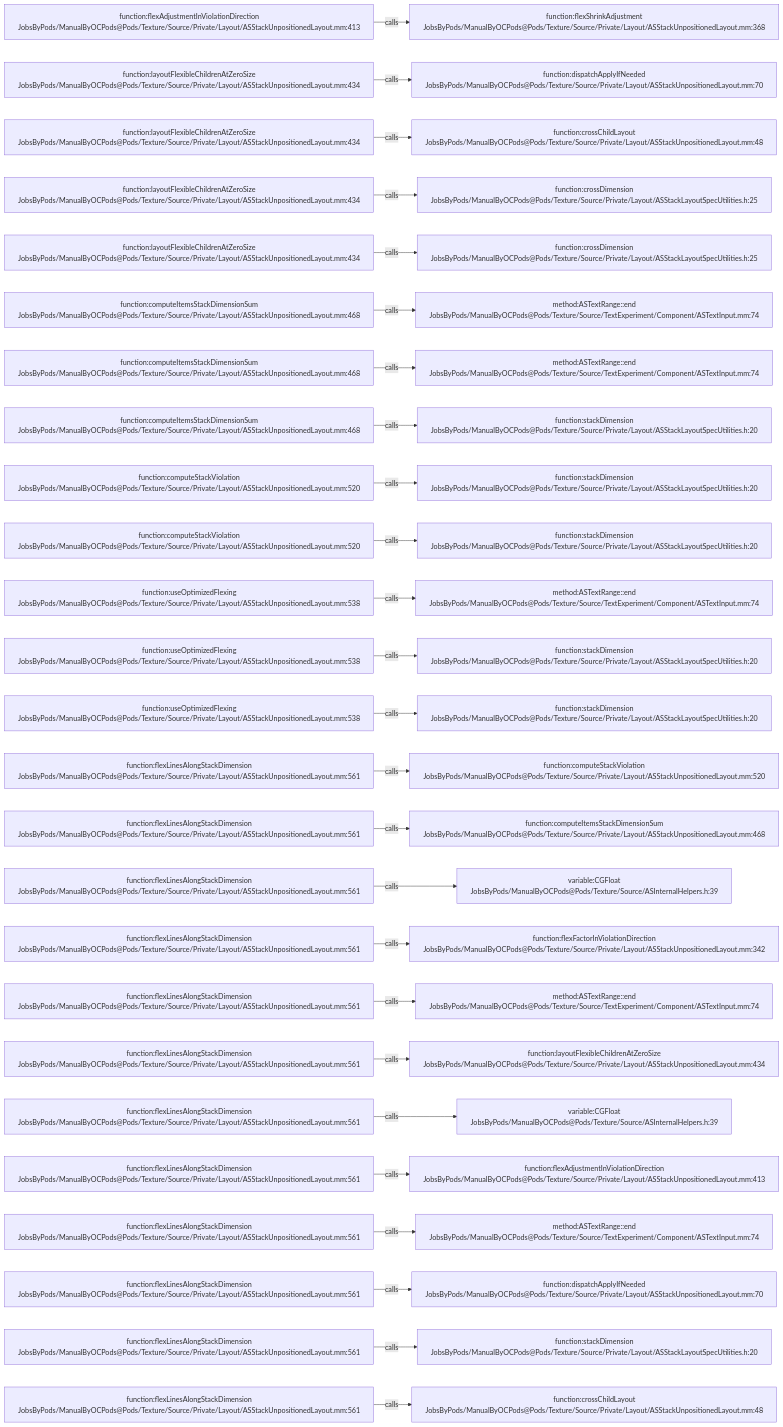
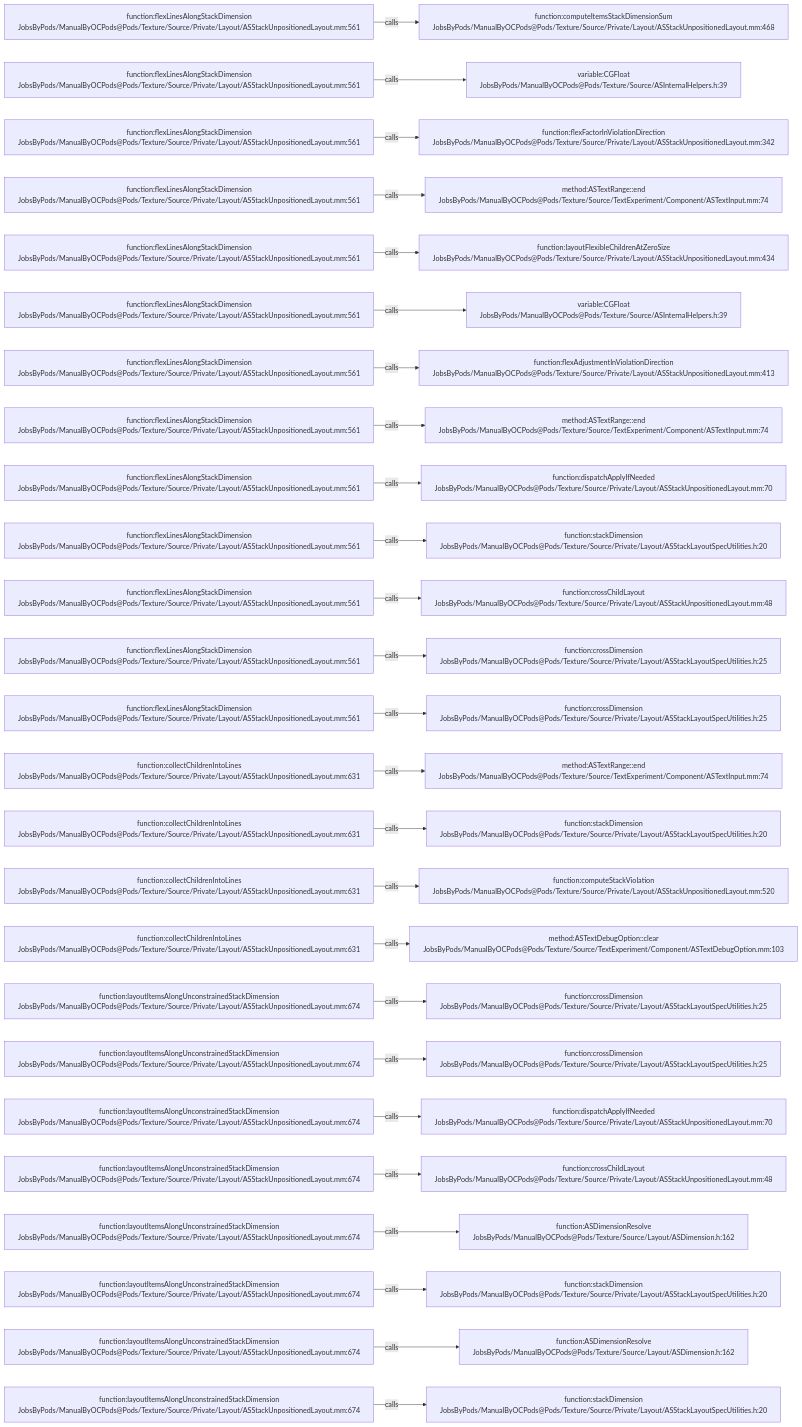
The diagram in .codegraph/codegraph.md/graphs/calls-197.md (JobsKits/JobsOCBaseConfigDemo), drawn with Mermaid before and after one commit. The commit also changed 296 other files, not shown here.

````diff
--- a/.codegraph/codegraph.md/graphs/calls-197.md
+++ b/.codegraph/codegraph.md/graphs/calls-197.md
@@ -13,78 +13,78 @@
 ```mermaid
 flowchart LR
-  S1["function:flexAdjustmentInViolationDirection<br/>JobsByPods/ManualByOCPods@Pods/Texture/Source/Private/Layout/ASStackUnpositionedLayout.mm:413"]
-  T1["function:flexShrinkAdjustment<br/>JobsByPods/ManualByOCPods@Pods/Texture/Source/Private/Layout/ASStackUnpositionedLayout.mm:368"]
+  S1["function:flexLinesAlongStackDimension<br/>JobsByPods/ManualByOCPods@Pods/Texture/Source/Private/Layout/ASStackUnpositionedLayout.mm:561"]
+  T1["function:computeItemsStackDimensionSum<br/>JobsByPods/ManualByOCPods@Pods/Texture/Source/Private/Layout/ASStackUnpositionedLayout.mm:468"]
   S1 -->|calls| T1
-  S2["function:layoutFlexibleChildrenAtZeroSize<br/>JobsByPods/ManualByOCPods@Pods/Texture/Source/Private/Layout/ASStackUnpositionedLayout.mm:434"]
-  T2["function:dispatchApplyIfNeeded<br/>JobsByPods/ManualByOCPods@Pods/Texture/Source/Private/Layout/ASStackUnpositionedLayout.mm:70"]
+  S2["function:flexLinesAlongStackDimension<br/>JobsByPods/ManualByOCPods@Pods/Texture/Source/Private/Layout/ASStackUnpositionedLayout.mm:561"]
+  T2["variable:CGFloat<br/>JobsByPods/ManualByOCPods@Pods/Texture/Source/ASInternalHelpers.h:39"]
   S2 -->|calls| T2
-  S3["function:layoutFlexibleChildrenAtZeroSize<br/>JobsByPods/ManualByOCPods@Pods/Texture/Source/Private/Layout/ASStackUnpositionedLayout.mm:434"]
-  T3["function:crossChildLayout<br/>JobsByPods/ManualByOCPods@Pods/Texture/Source/Private/Layout/ASStackUnpositionedLayout.mm:48"]
+  S3["function:flexLinesAlongStackDimension<br/>JobsByPods/ManualByOCPods@Pods/Texture/Source/Private/Layout/ASStackUnpositionedLayout.mm:561"]
+  T3["function:flexFactorInViolationDirection<br/>JobsByPods/ManualByOCPods@Pods/Texture/Source/Private/Layout/ASStackUnpositionedLayout.mm:342"]
   S3 -->|calls| T3
-  S4["function:layoutFlexibleChildrenAtZeroSize<br/>JobsByPods/ManualByOCPods@Pods/Texture/Source/Private/Layout/ASStackUnpositionedLayout.mm:434"]
-  T4["function:crossDimension<br/>JobsByPods/ManualByOCPods@Pods/Texture/Source/Private/Layout/ASStackLayoutSpecUtilities.h:25"]
+  S4["function:flexLinesAlongStackDimension<br/>JobsByPods/ManualByOCPods@Pods/Texture/Source/Private/Layout/ASStackUnpositionedLayout.mm:561"]
+  T4["method:ASTextRange::end<br/>JobsByPods/ManualByOCPods@Pods/Texture/Source/TextExperiment/Component/ASTextInput.mm:74"]
   S4 -->|calls| T4
-  S5["function:layoutFlexibleChildrenAtZeroSize<br/>JobsByPods/ManualByOCPods@Pods/Texture/Source/Private/Layout/ASStackUnpositionedLayout.mm:434"]
-  T5["function:crossDimension<br/>JobsByPods/ManualByOCPods@Pods/Texture/Source/Private/Layout/ASStackLayoutSpecUtilities.h:25"]
+  S5["function:flexLinesAlongStackDimension<br/>JobsByPods/ManualByOCPods@Pods/Texture/Source/Private/Layout/ASStackUnpositionedLayout.mm:561"]
+  T5["function:layoutFlexibleChildrenAtZeroSize<br/>JobsByPods/ManualByOCPods@Pods/Texture/Source/Private/Layout/ASStackUnpositionedLayout.mm:434"]
   S5 -->|calls| T5
-  S6["function:computeItemsStackDimensionSum<br/>JobsByPods/ManualByOCPods@Pods/Texture/Source/Private/Layout/ASStackUnpositionedLayout.mm:468"]
-  T6["method:ASTextRange::end<br/>JobsByPods/ManualByOCPods@Pods/Texture/Source/TextExperiment/Component/ASTextInput.mm:74"]
+  S6["function:flexLinesAlongStackDimension<br/>JobsByPods/ManualByOCPods@Pods/Texture/Source/Private/Layout/ASStackUnpositionedLayout.mm:561"]
+  T6["variable:CGFloat<br/>JobsByPods/ManualByOCPods@Pods/Texture/Source/ASInternalHelpers.h:39"]
   S6 -->|calls| T6
-  S7["function:computeItemsStackDimensionSum<br/>JobsByPods/ManualByOCPods@Pods/Texture/Source/Private/Layout/ASStackUnpositionedLayout.mm:468"]
-  T7["method:ASTextRange::end<br/>JobsByPods/ManualByOCPods@Pods/Texture/Source/TextExperiment/Component/ASTextInput.mm:74"]
+  S7["function:flexLinesAlongStackDimension<br/>JobsByPods/ManualByOCPods@Pods/Texture/Source/Private/Layout/ASStackUnpositionedLayout.mm:561"]
+  T7["function:flexAdjustmentInViolationDirection<br/>JobsByPods/ManualByOCPods@Pods/Texture/Source/Private/Layout/ASStackUnpositionedLayout.mm:413"]
   S7 -->|calls| T7
-  S8["function:computeItemsStackDimensionSum<br/>JobsByPods/ManualByOCPods@Pods/Texture/Source/Private/Layout/ASStackUnpositionedLayout.mm:468"]
-  T8["function:stackDimension<br/>JobsByPods/ManualByOCPods@Pods/Texture/Source/Private/Layout/ASStackLayoutSpecUtilities.h:20"]
+  S8["function:flexLinesAlongStackDimension<br/>JobsByPods/ManualByOCPods@Pods/Texture/Source/Private/Layout/ASStackUnpositionedLayout.mm:561"]
+  T8["method:ASTextRange::end<br/>JobsByPods/ManualByOCPods@Pods/Texture/Source/TextExperiment/Component/ASTextInput.mm:74"]
   S8 -->|calls| T8
-  S9["function:computeStackViolation<br/>JobsByPods/ManualByOCPods@Pods/Texture/Source/Private/Layout/ASStackUnpositionedLayout.mm:520"]
-  T9["function:stackDimension<br/>JobsByPods/ManualByOCPods@Pods/Texture/Source/Private/Layout/ASStackLayoutSpecUtilities.h:20"]
+  S9["function:flexLinesAlongStackDimension<br/>JobsByPods/ManualByOCPods@Pods/Texture/Source/Private/Layout/ASStackUnpositionedLayout.mm:561"]
+  T9["function:dispatchApplyIfNeeded<br/>JobsByPods/ManualByOCPods@Pods/Texture/Source/Private/Layout/ASStackUnpositionedLayout.mm:70"]
   S9 -->|calls| T9
-  S10["function:computeStackViolation<br/>JobsByPods/ManualByOCPods@Pods/Texture/Source/Private/Layout/ASStackUnpositionedLayout.mm:520"]
+  S10["function:flexLinesAlongStackDimension<br/>JobsByPods/ManualByOCPods@Pods/Texture/Source/Private/Layout/ASStackUnpositionedLayout.mm:561"]
   T10["function:stackDimension<br/>JobsByPods/ManualByOCPods@Pods/Texture/Source/Private/Layout/ASStackLayoutSpecUtilities.h:20"]
   S10 -->|calls| T10
-  S11["function:useOptimizedFlexing<br/>JobsByPods/ManualByOCPods@Pods/Texture/Source/Private/Layout/ASStackUnpositionedLayout.mm:538"]
-  T11["method:ASTextRange::end<br/>JobsByPods/ManualByOCPods@Pods/Texture/Source/TextExperiment/Component/ASTextInput.mm:74"]
+  S11["function:flexLinesAlongStackDimension<br/>JobsByPods/ManualByOCPods@Pods/Texture/Source/Private/Layout/ASStackUnpositionedLayout.mm:561"]
+  T11["function:crossChildLayout<br/>JobsByPods/ManualByOCPods@Pods/Texture/Source/Private/Layout/ASStackUnpositionedLayout.mm:48"]
   S11 -->|calls| T11
-  S12["function:useOptimizedFlexing<br/>JobsByPods/ManualByOCPods@Pods/Texture/Source/Private/Layout/ASStackUnpositionedLayout.mm:538"]
-  T12["function:stackDimension<br/>JobsByPods/ManualByOCPods@Pods/Texture/Source/Private/Layout/ASStackLayoutSpecUtilities.h:20"]
+  S12["function:flexLinesAlongStackDimension<br/>JobsByPods/ManualByOCPods@Pods/Texture/Source/Private/Layout/ASStackUnpositionedLayout.mm:561"]
+  T12["function:crossDimension<br/>JobsByPods/ManualByOCPods@Pods/Texture/Source/Private/Layout/ASStackLayoutSpecUtilities.h:25"]
   S12 -->|calls| T12
-  S13["function:useOptimizedFlexing<br/>JobsByPods/ManualByOCPods@Pods/Texture/Source/Private/Layout/ASStackUnpositionedLayout.mm:538"]
-  T13["function:stackDimension<br/>JobsByPods/ManualByOCPods@Pods/Texture/Source/Private/Layout/ASStackLayoutSpecUtilities.h:20"]
+  S13["function:flexLinesAlongStackDimension<br/>JobsByPods/ManualByOCPods@Pods/Texture/Source/Private/Layout/ASStackUnpositionedLayout.mm:561"]
+  T13["function:crossDimension<br/>JobsByPods/ManualByOCPods@Pods/Texture/Source/Private/Layout/ASStackLayoutSpecUtilities.h:25"]
   S13 -->|calls| T13
-  S14["function:flexLinesAlongStackDimension<br/>JobsByPods/ManualByOCPods@Pods/Texture/Source/Private/Layout/ASStackUnpositionedLayout.mm:561"]
-  T14["function:computeStackViolation<br/>JobsByPods/ManualByOCPods@Pods/Texture/Source/Private/Layout/ASStackUnpositionedLayout.mm:520"]
+  S14["function:collectChildrenIntoLines<br/>JobsByPods/ManualByOCPods@Pods/Texture/Source/Private/Layout/ASStackUnpositionedLayout.mm:631"]
+  T14["method:ASTextRange::end<br/>JobsByPods/ManualByOCPods@Pods/Texture/Source/TextExperiment/Component/ASTextInput.mm:74"]
   S14 -->|calls| T14
-  S15["function:flexLinesAlongStackDimension<br/>JobsByPods/ManualByOCPods@Pods/Texture/Source/Private/Layout/ASStackUnpositionedLayout.mm:561"]
-  T15["function:computeItemsStackDimensionSum<br/>JobsByPods/ManualByOCPods@Pods/Texture/Source/Private/Layout/ASStackUnpositionedLayout.mm:468"]
+  S15["function:collectChildrenIntoLines<br/>JobsByPods/ManualByOCPods@Pods/Texture/Source/Private/Layout/ASStackUnpositionedLayout.mm:631"]
+  T15["function:stackDimension<br/>JobsByPods/ManualByOCPods@Pods/Texture/Source/Private/Layout/ASStackLayoutSpecUtilities.h:20"]
   S15 -->|calls| T15
-  S16["function:flexLinesAlongStackDimension<br/>JobsByPods/ManualByOCPods@Pods/Texture/Source/Private/Layout/ASStackUnpositionedLayout.mm:561"]
-  T16["variable:CGFloat<br/>JobsByPods/ManualByOCPods@Pods/Texture/Source/ASInternalHelpers.h:39"]
+  S16["function:collectChildrenIntoLines<br/>JobsByPods/ManualByOCPods@Pods/Texture/Source/Private/Layout/ASStackUnpositionedLayout.mm:631"]
+  T16["function:computeStackViolation<br/>JobsByPods/ManualByOCPods@Pods/Texture/Source/Private/Layout/ASStackUnpositionedLayout.mm:520"]
   S16 -->|calls| T16
-  S17["function:flexLinesAlongStackDimension<br/>JobsByPods/ManualByOCPods@Pods/Texture/Source/Private/Layout/ASStackUnpositionedLayout.mm:561"]
-  T17["function:flexFactorInViolationDirection<br/>JobsByPods/ManualByOCPods@Pods/Texture/Source/Private/Layout/ASStackUnpositionedLayout.mm:342"]
+  S17["function:collectChildrenIntoLines<br/>JobsByPods/ManualByOCPods@Pods/Texture/Source/Private/Layout/ASStackUnpositionedLayout.mm:631"]
+  T17["method:ASTextDebugOption::clear<br/>JobsByPods/ManualByOCPods@Pods/Texture/Source/TextExperiment/Component/ASTextDebugOption.mm:103"]
   S17 -->|calls| T17
-  S18["function:flexLinesAlongStackDimension<br/>JobsByPods/ManualByOCPods@Pods/Texture/Source/Private/Layout/ASStackUnpositionedLayout.mm:561"]
-  T18["method:ASTextRange::end<br/>JobsByPods/ManualByOCPods@Pods/Texture/Source/TextExperiment/Component/ASTextInput.mm:74"]
+  S18["function:layoutItemsAlongUnconstrainedStackDimension<br/>JobsByPods/ManualByOCPods@Pods/Texture/Source/Private/Layout/ASStackUnpositionedLayout.mm:674"]
+  T18["function:crossDimension<br/>JobsByPods/ManualByOCPods@Pods/Texture/Source/Private/Layout/ASStackLayoutSpecUtilities.h:25"]
   S18 -->|calls| T18
-  S19["function:flexLinesAlongStackDimension<br/>JobsByPods/ManualByOCPods@Pods/Texture/Source/Private/Layout/ASStackUnpositionedLayout.mm:561"]
-  T19["function:layoutFlexibleChildrenAtZeroSize<br/>JobsByPods/ManualByOCPods@Pods/Texture/Source/Private/Layout/ASStackUnpositionedLayout.mm:434"]
+  S19["function:layoutItemsAlongUnconstrainedStackDimension<br/>JobsByPods/ManualByOCPods@Pods/Texture/Source/Private/Layout/ASStackUnpositionedLayout.mm:674"]
+  T19["function:crossDimension<br/>JobsByPods/ManualByOCPods@Pods/Texture/Source/Private/Layout/ASStackLayoutSpecUtilities.h:25"]
   S19 -->|calls| T19
-  S20["function:flexLinesAlongStackDimension<br/>JobsByPods/ManualByOCPods@Pods/Texture/Source/Private/Layout/ASStackUnpositionedLayout.mm:561"]
-  T20["variable:CGFloat<br/>JobsByPods/ManualByOCPods@Pods/Texture/Source/ASInternalHelpers.h:39"]
+  S20["function:layoutItemsAlongUnconstrainedStackDimension<br/>JobsByPods/ManualByOCPods@Pods/Texture/Source/Private/Layout/ASStackUnpositionedLayout.mm:674"]
+  T20["function:dispatchApplyIfNeeded<br/>JobsByPods/ManualByOCPods@Pods/Texture/Source/Private/Layout/ASStackUnpositionedLayout.mm:70"]
   S20 -->|calls| T20
-  S21["function:flexLinesAlongStackDimension<br/>JobsByPods/ManualByOCPods@Pods/Texture/Source/Private/Layout/ASStackUnpositionedLayout.mm:561"]
-  T21["function:flexAdjustmentInViolationDirection<br/>JobsByPods/ManualByOCPods@Pods/Texture/Source/Private/Layout/ASStackUnpositionedLayout.mm:413"]
+  S21["function:layoutItemsAlongUnconstrainedStackDimension<br/>JobsByPods/ManualByOCPods@Pods/Texture/Source/Private/Layout/ASStackUnpositionedLayout.mm:674"]
+  T21["function:crossChildLayout<br/>JobsByPods/ManualByOCPods@Pods/Texture/Source/Private/Layout/ASStackUnpositionedLayout.mm:48"]
   S21 -->|calls| T21
-  S22["function:flexLinesAlongStackDimension<br/>JobsByPods/ManualByOCPods@Pods/Texture/Source/Private/Layout/ASStackUnpositionedLayout.mm:561"]
-  T22["method:ASTextRange::end<br/>JobsByPods/ManualByOCPods@Pods/Texture/Source/TextExperiment/Component/ASTextInput.mm:74"]
+  S22["function:layoutItemsAlongUnconstrainedStackDimension<br/>JobsByPods/ManualByOCPods@Pods/Texture/Source/Private/Layout/ASStackUnpositionedLayout.mm:674"]
+  T22["function:ASDimensionResolve<br/>JobsByPods/ManualByOCPods@Pods/Texture/Source/Layout/ASDimension.h:162"]
   S22 -->|calls| T22
-  S23["function:flexLinesAlongStackDimension<br/>JobsByPods/ManualByOCPods@Pods/Texture/Source/Private/Layout/ASStackUnpositionedLayout.mm:561"]
-  T23["function:dispatchApplyIfNeeded<br/>JobsByPods/ManualByOCPods@Pods/Texture/Source/Private/Layout/ASStackUnpositionedLayout.mm:70"]
+  S23["function:layoutItemsAlongUnconstrainedStackDimension<br/>JobsByPods/ManualByOCPods@Pods/Texture/Source/Private/Layout/ASStackUnpositionedLayout.mm:674"]
+  T23["function:stackDimension<br/>JobsByPods/ManualByOCPods@Pods/Texture/Source/Private/Layout/ASStackLayoutSpecUtilities.h:20"]
   S23 -->|calls| T23
-  S24["function:flexLinesAlongStackDimension<br/>JobsByPods/ManualByOCPods@Pods/Texture/Source/Private/Layout/ASStackUnpositionedLayout.mm:561"]
-  T24["function:stackDimension<br/>JobsByPods/ManualByOCPods@Pods/Texture/Source/Private/Layout/ASStackLayoutSpecUtilities.h:20"]
+  S24["function:layoutItemsAlongUnconstrainedStackDimension<br/>JobsByPods/ManualByOCPods@Pods/Texture/Source/Private/Layout/ASStackUnpositionedLayout.mm:674"]
+  T24["function:ASDimensionResolve<br/>JobsByPods/ManualByOCPods@Pods/Texture/Source/Layout/ASDimension.h:162"]
   S24 -->|calls| T24
-  S25["function:flexLinesAlongStackDimension<br/>JobsByPods/ManualByOCPods@Pods/Texture/Source/Private/Layout/ASStackUnpositionedLayout.mm:561"]
-  T25["function:crossChildLayout<br/>JobsByPods/ManualByOCPods@Pods/Texture/Source/Private/Layout/ASStackUnpositionedLayout.mm:48"]
+  S25["function:layoutItemsAlongUnconstrainedStackDimension<br/>JobsByPods/ManualByOCPods@Pods/Texture/Source/Private/Layout/ASStackUnpositionedLayout.mm:674"]
+  T25["function:stackDimension<br/>JobsByPods/ManualByOCPods@Pods/Texture/Source/Private/Layout/ASStackLayoutSpecUtilities.h:20"]
   S25 -->|calls| T25
 ```
````
